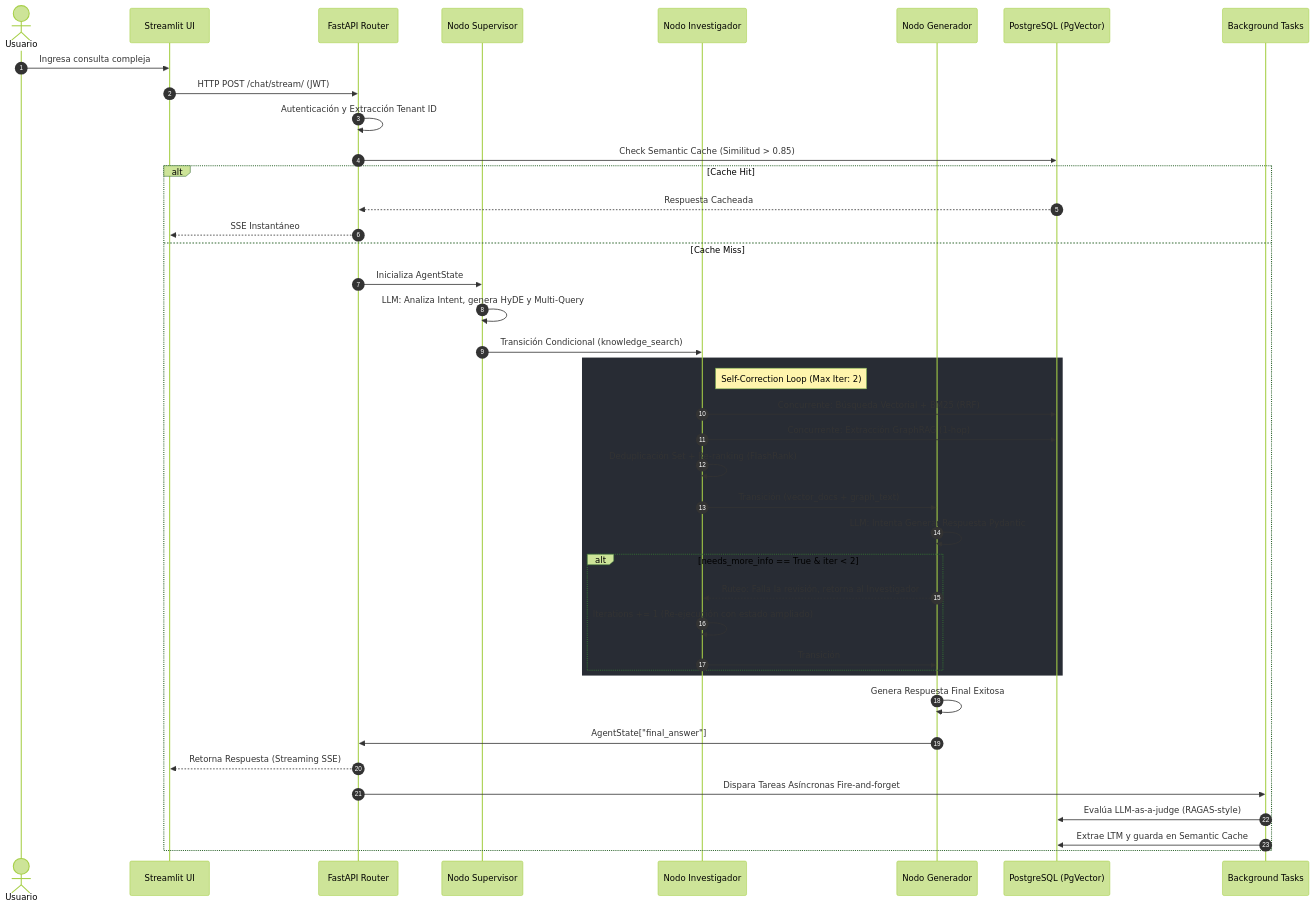
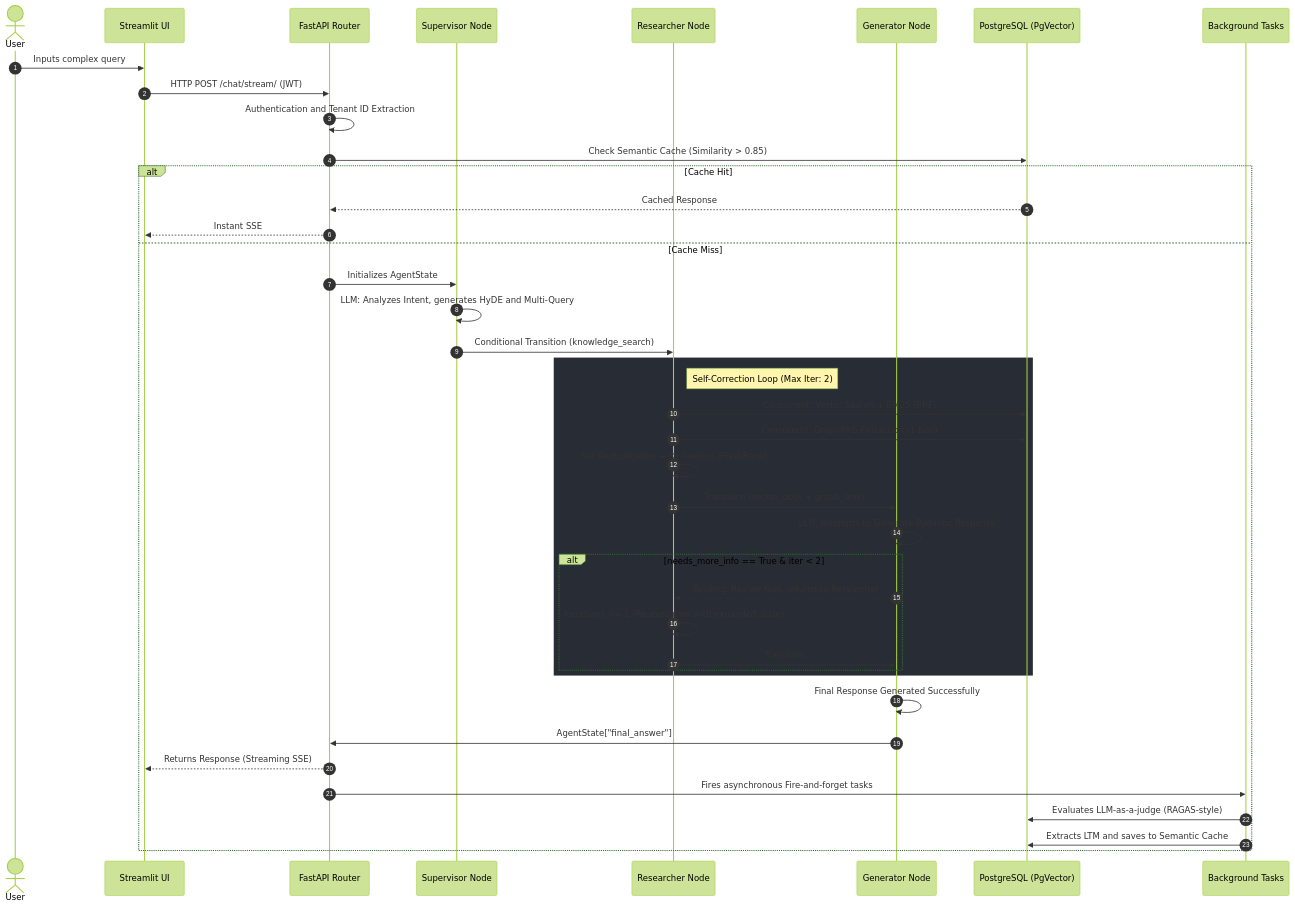
The second of 2 diagrams in docs/PAPER.md (c3rv30/ai-engineer-sandbox), drawn with Mermaid (forest theme) before and after one commit. The commit also changed other lines of this file and 23 other files, not shown here.

````diff
--- a/docs/PAPER.md
+++ b/docs/PAPER.md
@@ -262,47 +273,47 @@
 ```mermaid
 sequenceDiagram
     autonumber
-    actor U as Usuario
+    actor U as User
     participant UI as Streamlit UI
     participant API as FastAPI Router
-    participant Sup as Nodo Supervisor
-    participant Inv as Nodo Investigador
-    participant Gen as Nodo Generador
+    participant Sup as Supervisor Node
+    participant Inv as Researcher Node
+    participant Gen as Generator Node
     participant BD as PostgreSQL (PgVector)
     participant BG as Background Tasks
     
-    U->>UI: Ingresa consulta compleja
+    U->>UI: Inputs complex query
     UI->>API: HTTP POST /chat/stream/ (JWT)
-    API->>API: Autenticación y Extracción Tenant ID
-    API->>BD: Check Semantic Cache (Similitud > 0.85)
+    API->>API: Authentication and Tenant ID Extraction
+    API->>BD: Check Semantic Cache (Similarity > 0.85)
     alt Cache Hit
-        BD-->>API: Respuesta Cacheada
-        API-->>UI: SSE Instantáneo
+        BD-->>API: Cached Response
+        API-->>UI: Instant SSE
     else Cache Miss
-        API->>Sup: Inicializa AgentState
-        Sup->>Sup: LLM: Analiza Intent, genera HyDE y Multi-Query
-        Sup->>Inv: Transición Condicional (knowledge_search)
+        API->>Sup: Initializes AgentState
+        Sup->>Sup: LLM: Analyzes Intent, generates HyDE and Multi-Query
+        Sup->>Inv: Conditional Transition (knowledge_search)
         
         rect rgb(40, 44, 52)
             note right of Inv: Self-Correction Loop (Max Iter: 2)
-            Inv->>BD: Concurrente: Búsqueda Vectorial + BM25 (RRF)
-            Inv->>BD: Concurrente: Extracción GraphRAG (1-hop)
-            Inv->>Inv: Deduplicación Set + Re-ranking (FlashRank)
-            Inv->>Gen: Transición (vector_docs + graph_text)
-            Gen->>Gen: LLM: Intenta Generar Respuesta Pydantic
+            Inv->>BD: Concurrent: Vector Search + BM25 (RRF)
+            Inv->>BD: Concurrent: GraphRAG Extraction (1-hop)
+            Inv->>Inv: Set Deduplication + Re-ranking (FlashRank)
+            Inv->>Gen: Transition (vector_docs + graph_text)
+            Gen->>Gen: LLM: Attempts to Generate Pydantic Response
             
             alt needs_more_info == True & iter < 2
-                Gen-->>Inv: Ruteo: Falla la revisión, retorna al Investigador
-                Inv->>Inv: Iterations += 1 (Re-ejecución con estado ampliado)
-                Inv->>Gen: Transición
+                Gen-->>Inv: Routing: Review fails, returns to Researcher
+                Inv->>Inv: Iterations += 1 (Re-execution with expanded state)
+                Inv->>Gen: Transition
             end
         end
         
-        Gen->>Gen: Genera Respuesta Final Exitosa
+        Gen->>Gen: Final Response Generated Successfully
         Gen->>API: AgentState["final_answer"]
-        API-->>UI: Retorna Respuesta (Streaming SSE)
-        API->>BG: Dispara Tareas Asíncronas Fire-and-forget
-        BG->>BD: Evalúa LLM-as-a-judge (RAGAS-style)
-        BG->>BD: Extrae LTM y guarda en Semantic Cache
+        API-->>UI: Returns Response (Streaming SSE)
+        API->>BG: Fires asynchronous Fire-and-forget tasks
+        BG->>BD: Evaluates LLM-as-a-judge (RAGAS-style)
+        BG->>BD: Extracts LTM and saves to Semantic Cache
     end
 ```
````
